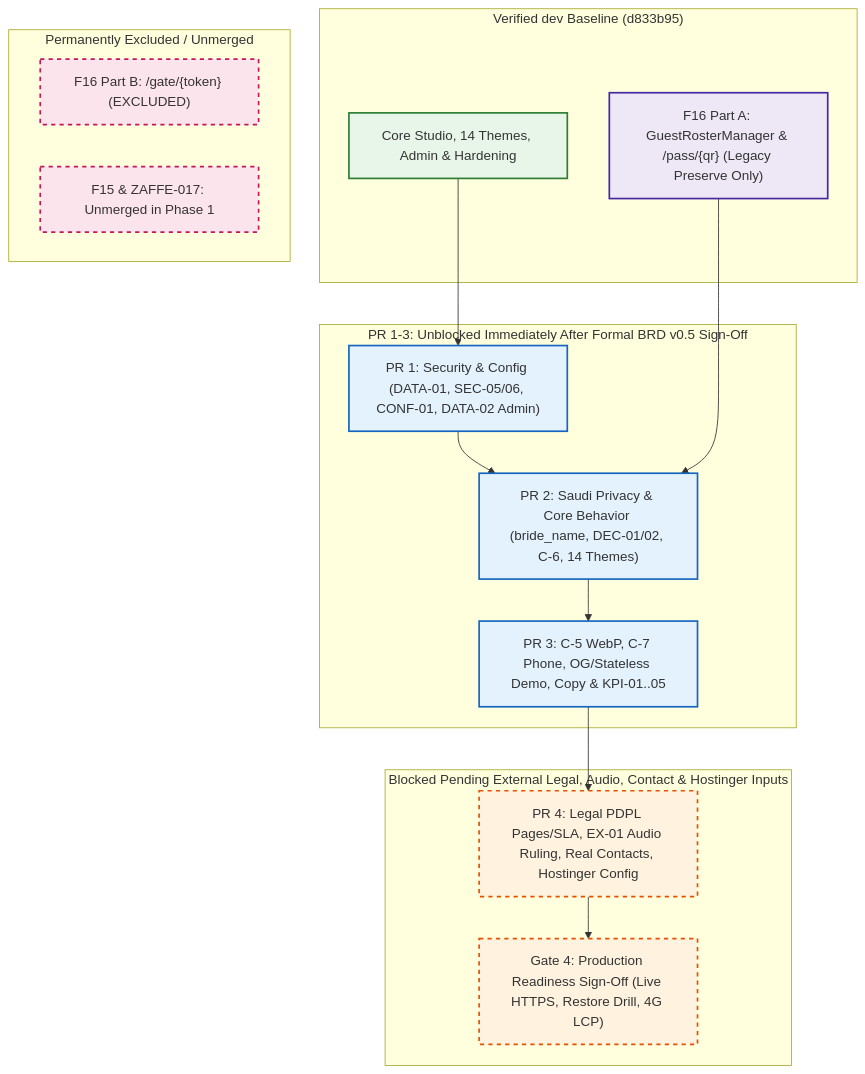
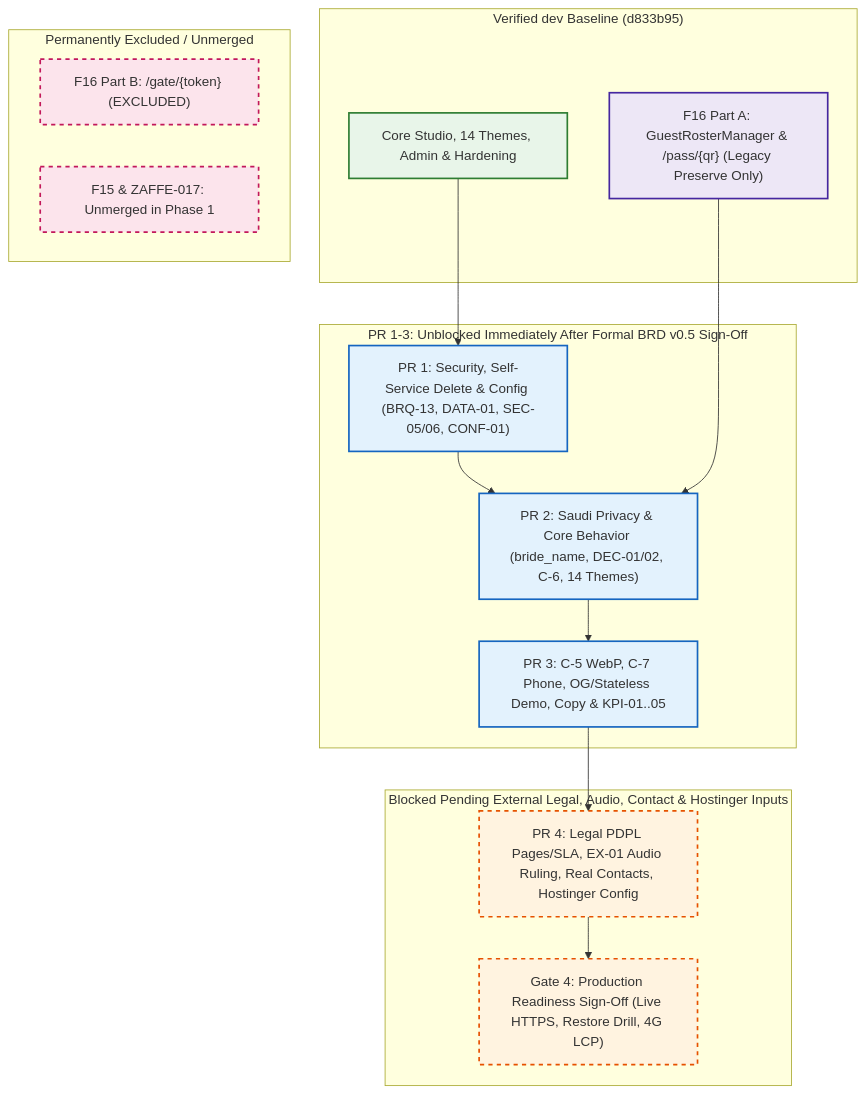
The diagram in docs/engineering/MASTER_ROADMAP.md (mohamedelbalooty/Zaffe), drawn with Mermaid before and after one commit. The commit also changed other lines of this file and 3 other files, not shown here.

Commit message:
docs(governance): trace DEC-05 self-service invitation deletion to BRQ-13, BR-037, and PR 1 (ZAFFE-026)

````diff
--- a/docs/engineering/MASTER_ROADMAP.md
+++ b/docs/engineering/MASTER_ROADMAP.md
@@ -22,32 +22,32 @@
 ```mermaid
 flowchart TD
     classDef done fill:#e8f5e9,stroke:#2e7d32,stroke-width:2px;
     classDef legacy fill:#ede7f6,stroke:#4527a0,stroke-width:2px;
     classDef ready fill:#e3f2fd,stroke:#1565c0,stroke-width:2px;
     classDef gated fill:#fff3e0,stroke:#e65100,stroke-width:2px,stroke-dasharray: 5 5;
     classDef excluded fill:#fce4ec,stroke:#c2185b,stroke-width:2px,stroke-dasharray: 5 5;
 
     subgraph Baseline["Verified dev Baseline (d833b95)"]
         CORE["Core Studio, 14 Themes, Admin & Hardening"]:::done
         LEG["F16 Part A: GuestRosterManager & /pass/{qr} (Legacy Preserve Only)"]:::legacy
     end
 
     subgraph Gate3Ready["PR 1-3: Unblocked Immediately After Formal BRD v0.5 Sign-Off"]
-        PR1["PR 1: Security & Config (DATA-01, SEC-05/06, CONF-01, DATA-02 Admin)"]:::ready
+        PR1["PR 1: Security, Self-Service Delete & Config (BRQ-13, DATA-01, SEC-05/06, CONF-01)"]:::ready
         PR2["PR 2: Saudi Privacy & Core Behavior (bride_name, DEC-01/02, C-6, 14 Themes)"]:::ready
         PR3["PR 3: C-5 WebP, C-7 Phone, OG/Stateless Demo, Copy & KPI-01..05"]:::ready
     end
 
     subgraph Gate4Blocked["Blocked Pending External Legal, Audio, Contact & Hostinger Inputs"]
         PR4["PR 4: Legal PDPL Pages/SLA, EX-01 Audio Ruling, Real Contacts, Hostinger Config"]:::gated
         G4["Gate 4: Production Readiness Sign-Off (Live HTTPS, Restore Drill, 4G LCP)"]:::gated
     end
 
     subgraph Never["Permanently Excluded / Unmerged"]
         F16B["F16 Part B: /gate/{token} (EXCLUDED)"]:::excluded
         F15["F15 & ZAFFE-017: Unmerged in Phase 1"]:::excluded
     end
 
     CORE --> PR1 --> PR2 --> PR3 --> PR4 --> G4
     LEG --> PR2
 ```
````
